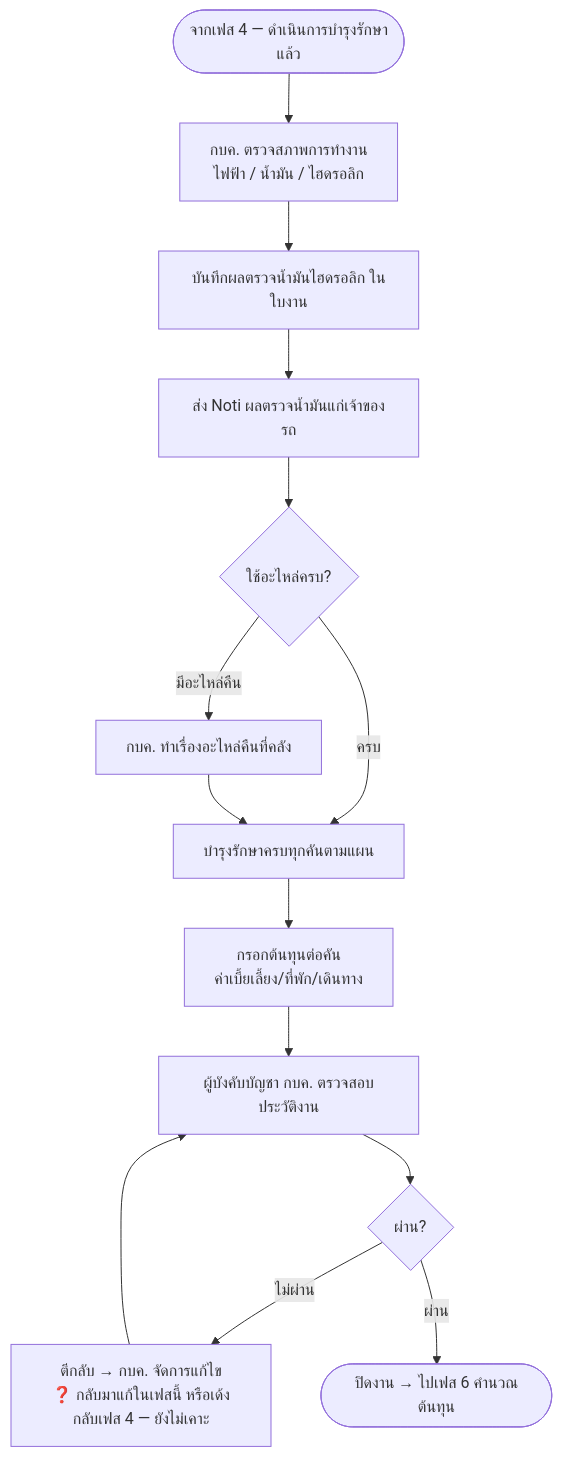
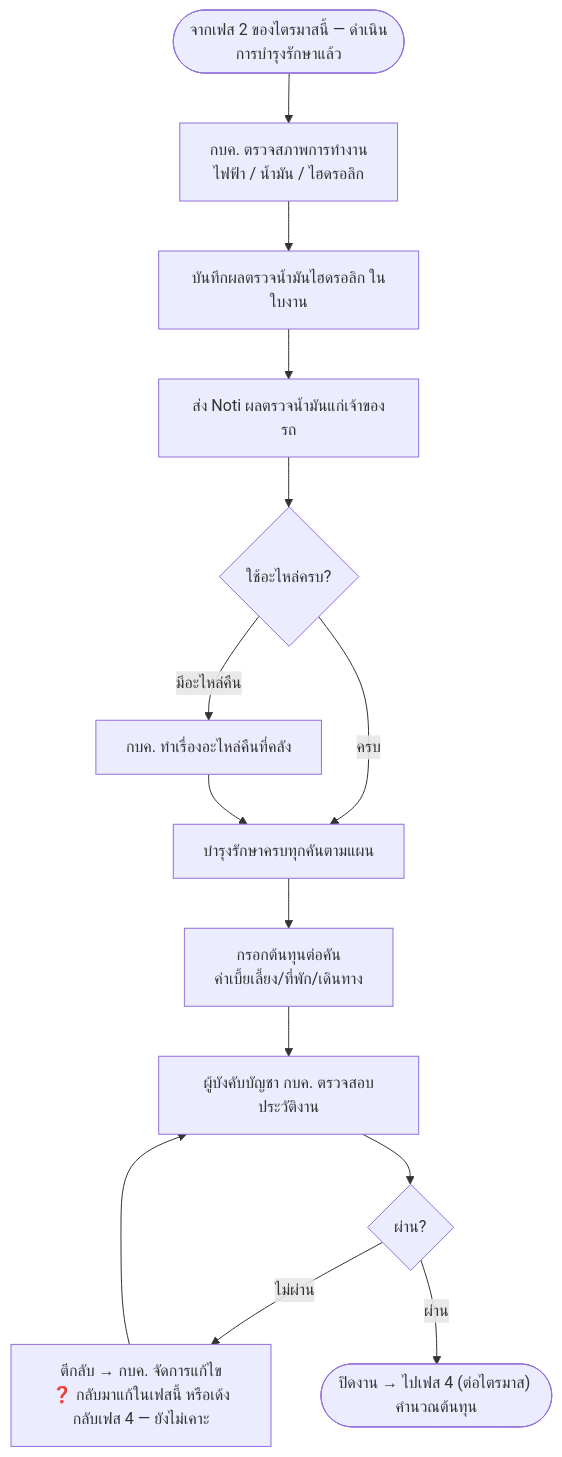
One commit to anugmail/Maintenance-Request-Form changed the diagram in Diagram/01-บำรุงรักษาตามวาระ/05-เฟส4-จัดทำรายงาน.md. Above: the diagram before and after it, drawn with Mermaid. The commit also changed other lines of this file and 12 other files, not shown here.

````diff
--- a/Diagram/01-บำรุงรักษาตามวาระ/05-เฟส4-จัดทำรายงาน.md
+++ b/Diagram/01-บำรุงรักษาตามวาระ/05-เฟส4-จัดทำรายงาน.md
@@ -37,16 +41,16 @@
 ```mermaid
 flowchart TB
-    S([จากเฟส 4 — ดำเนินการบำรุงรักษาแล้ว]) --> A[กบค. ตรวจสภาพการทำงาน<br/>ไฟฟ้า / น้ำมัน / ไฮดรอลิก]
+    S(["จากเฟส 2 ของไตรมาสนี้ — ดำเนินการบำรุงรักษาแล้ว"]) --> A[กบค. ตรวจสภาพการทำงาน<br/>ไฟฟ้า / น้ำมัน / ไฮดรอลิก]
     A --> B[บันทึกผลตรวจน้ำมันไฮดรอลิก ในใบงาน]
     B --> C[ส่ง Noti ผลตรวจน้ำมันแก่เจ้าของรถ]
     C --> D{ใช้อะไหล่ครบ?}
     D -->|มีอะไหล่คืน| E[กบค. ทำเรื่องอะไหล่คืนที่คลัง]
     D -->|ครบ| F[บำรุงรักษาครบทุกคันตามแผน]
     E --> F
     F --> K["กรอกต้นทุนต่อคัน<br/>ค่าเบี้ยเลี้ยง/ที่พัก/เดินทาง"]
     K --> G[ผู้บังคับบัญชา กบค. ตรวจสอบประวัติงาน]
     G --> H{ผ่าน?}
     H -->|ไม่ผ่าน| I["ตีกลับ → กบค. จัดการแก้ไข<br/>❓ กลับมาแก้ในเฟสนี้ หรือเด้งกลับเฟส 4 — ยังไม่เคาะ"]
     I --> G
-    H -->|ผ่าน| J([ปิดงาน → ไปเฟส 6 คำนวณต้นทุน])
+    H -->|ผ่าน| J(["ปิดงาน → ไปเฟส 4 (ต่อไตรมาส) คำนวณต้นทุน"])
 ```
````
